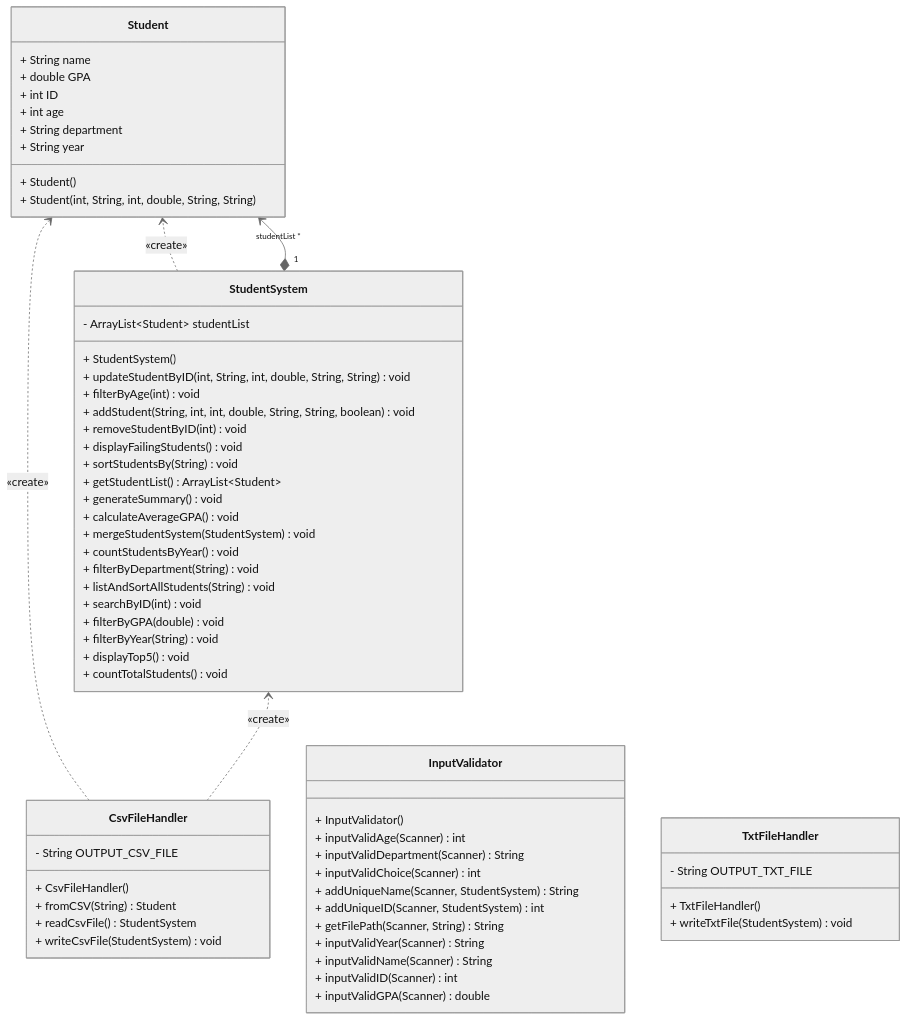
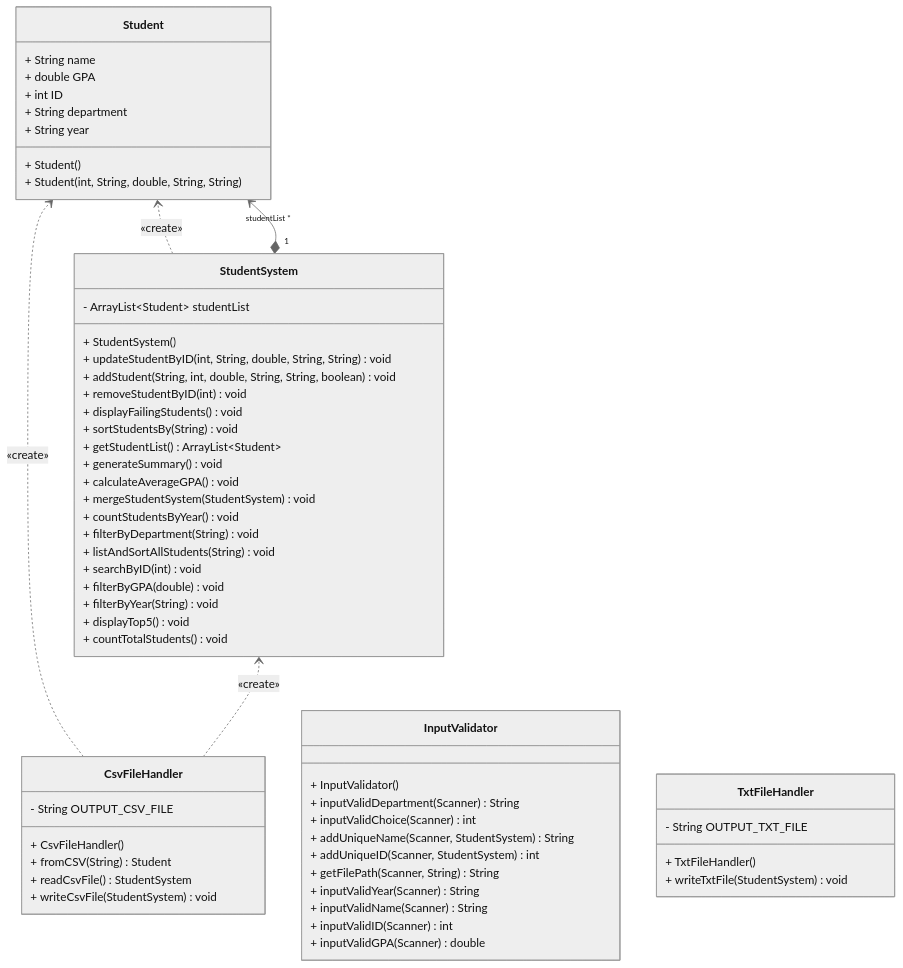
Before and after one commit to Mohammed-3tef/Student_Management_System: the diagram in UML Diagram.md, drawn with Mermaid (neutral theme). The commit also changed 1 other file, not shown here.

Commit message:
Edited UML Diagram :D

````diff
--- a/UML Diagram.md
+++ b/UML Diagram.md
@@ -5,71 +5,68 @@
 ```mermaid
 classDiagram
 direction BT
 
 class CsvFileHandler {
   + CsvFileHandler() 
   - String OUTPUT_CSV_FILE
   + fromCSV(String) Student
   + readCsvFile() StudentSystem
   + writeCsvFile(StudentSystem) void
 }
 
 class InputValidator {
   + InputValidator() 
-  + inputValidAge(Scanner) int
   + inputValidDepartment(Scanner) String
   + inputValidChoice(Scanner) int
   + addUniqueName(Scanner, StudentSystem) String
   + addUniqueID(Scanner, StudentSystem) int
   + getFilePath(Scanner, String) String
   + inputValidYear(Scanner) String
   + inputValidName(Scanner) String
   + inputValidID(Scanner) int
   + inputValidGPA(Scanner) double
 }
 
 class Student {
   + Student() 
-  + Student(int, String, int, double, String, String) 
+  + Student(int, String, double, String, String) 
   + String name
   + double GPA
   + int ID
-  + int age
   + String department
   + String year
 }
 
 class StudentSystem {
+  - ArrayList~Student~ studentList
   + StudentSystem() 
-  - ArrayList~Student~ studentList
-  + updateStudentByID(int, String, int, double, String, String) void
-  + filterByAge(int) void
-  + addStudent(String, int, int, double, String, String, boolean) void
+  + updateStudentByID(int, String, double, String, String) void
+  + addStudent(String, int, double, String, String, boolean) void
   + removeStudentByID(int) void
   + displayFailingStudents() void
   + sortStudentsBy(String) void
   + getStudentList() ArrayList~Student~
   + generateSummary() void
   + calculateAverageGPA() void
   + mergeStudentSystem(StudentSystem) void
   + countStudentsByYear() void
   + filterByDepartment(String) void
   + listAndSortAllStudents(String) void
   + searchByID(int) void
   + filterByGPA(double) void
   + filterByYear(String) void
   + displayTop5() void
   + countTotalStudents() void
 }
 
 class TxtFileHandler {
   - String OUTPUT_TXT_FILE
   + TxtFileHandler() 
   + writeTxtFile(StudentSystem) void
 }
 
 CsvFileHandler ..> Student : «create»
 CsvFileHandler ..> StudentSystem : «create»
 StudentSystem ..> Student : «create»
 StudentSystem "1" *--> "studentList *" Student 
 ```
````
